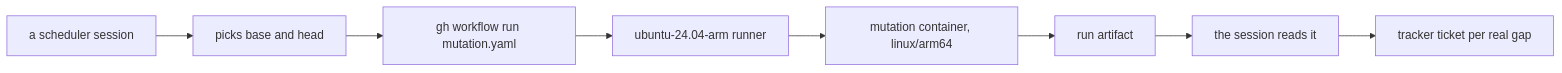
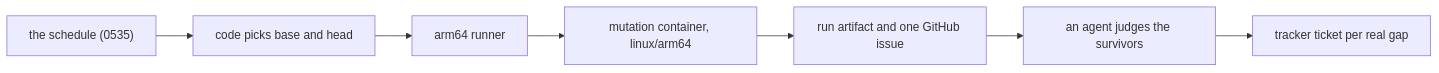
One commit to kamp-us/tea-fabrika changed the diagram in .decisions/0067-hourly-mutation-runs-in-ci.md. Above: the diagram before and after it, drawn with Mermaid. The commit also changed other lines of this file and 9 other files, not shown here.

````diff
--- a/.decisions/0067-hourly-mutation-runs-in-ci.md
+++ b/.decisions/0067-hourly-mutation-runs-in-ci.md
@@ -11,10 +11,9 @@
 ```mermaid
 flowchart LR
-  session["a scheduler session"] --> range["picks base and head"]
-  range --> dispatch["gh workflow run mutation.yaml"]
-  dispatch --> runner["ubuntu-24.04-arm runner"]
+  schedule["the schedule (0535)"] --> range["code picks base and head"]
+  range --> runner["arm64 runner"]
   runner --> box["mutation container, linux/arm64"]
-  box --> artifact["run artifact"]
-  artifact --> read["the session reads it"]
+  box --> artifact["run artifact and one GitHub issue"]
+  artifact --> read["an agent judges the survivors"]
   read --> ticket["tracker ticket per real gap"]
 ```
````
